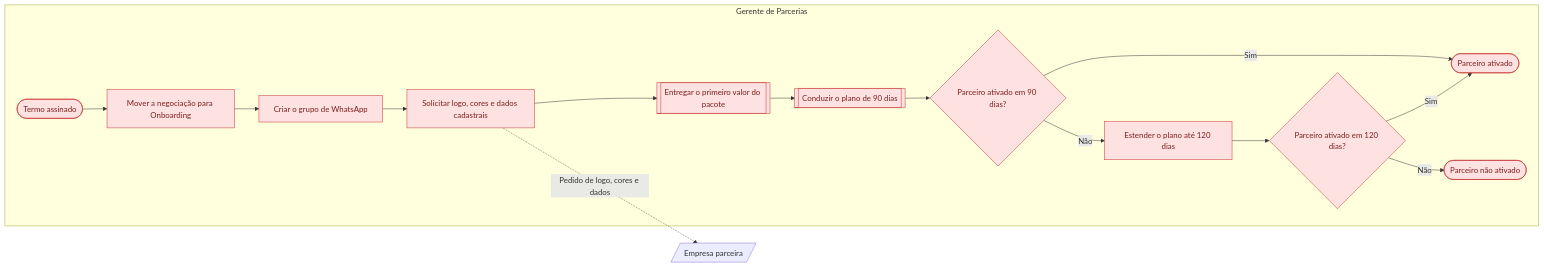
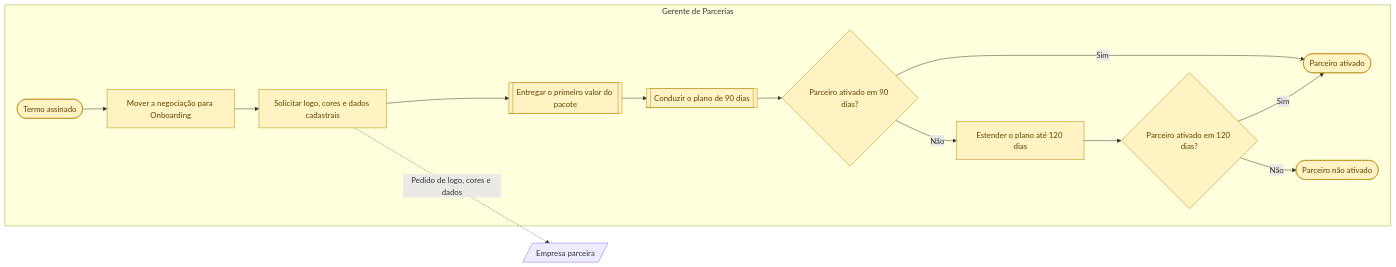
Before and after one commit to Guilherme-MFaccin/Wise-Partners: the diagram in mapeamentos/wise-partners/saidas/mermaid/fluxo-3-integrar-parceiro.mmd, drawn with Mermaid. The commit also changed 70 other files, not shown here.

```diff
--- a/mapeamentos/wise-partners/saidas/mermaid/fluxo-3-integrar-parceiro.mmd
+++ b/mapeamentos/wise-partners/saidas/mermaid/fluxo-3-integrar-parceiro.mmd
@@ -1,31 +1,29 @@
 flowchart LR
     classDef confirmado fill:#D9F2E1,stroke:#2F8F4E,color:#14532D
     classDef declarado fill:#FFF3C4,stroke:#B8860B,color:#5C4300
     classDef hipotese fill:#FFFFFF,stroke:#8A9099,color:#3F4650,stroke-dasharray: 5 5
     classDef contestado fill:#FDE2E1,stroke:#C53030,color:#7F1D1D
     subgraph raia_PA_01 ["Gerente de Parcerias"]
-      n_i1(["Termo assinado"]):::contestado
-      n_t1["Mover a negociação para Onboarding"]:::contestado
-      n_t2["Criar o grupo de WhatsApp"]:::contestado
-      n_t3["Solicitar logo, cores e dados cadastrais"]:::contestado
-      n_s1[["Entregar o primeiro valor do pacote"]]:::contestado
-      n_s2[["Conduzir o plano de 90 dias"]]:::contestado
-      n_g1{"Parceiro ativado em 90 dias?"}:::contestado
-      n_t4["Estender o plano até 120 dias"]:::contestado
-      n_g2{"Parceiro ativado em 120 dias?"}:::contestado
-      n_f1(["Parceiro ativado"]):::contestado
-      n_f2(["Parceiro não ativado"]):::contestado
+      n_i1(["Termo assinado"]):::declarado
+      n_t1["Mover a negociação para Onboarding"]:::declarado
+      n_t3["Solicitar logo, cores e dados cadastrais"]:::declarado
+      n_s1[["Entregar o primeiro valor do pacote"]]:::declarado
+      n_s2[["Conduzir o plano de 90 dias"]]:::declarado
+      n_g1{"Parceiro ativado em 90 dias?"}:::declarado
+      n_t4["Estender o plano até 120 dias"]:::declarado
+      n_g2{"Parceiro ativado em 120 dias?"}:::declarado
+      n_f1(["Parceiro ativado"]):::declarado
+      n_f2(["Parceiro não ativado"]):::declarado
     end
     ext_X1[/"Empresa parceira"/]
     n_i1 --> n_t1
-    n_t1 --> n_t2
-    n_t2 --> n_t3
     n_t3 --> n_s1
     n_s1 --> n_s2
     n_s2 --> n_g1
     n_g1 -->|Sim| n_f1
     n_g1 -->|Não| n_t4
     n_t4 --> n_g2
     n_g2 -->|Sim| n_f1
     n_g2 -->|Não| n_f2
+    n_t1 --> n_t3
     n_t3 -.->|Pedido de logo, cores e dados| ext_X1
```
